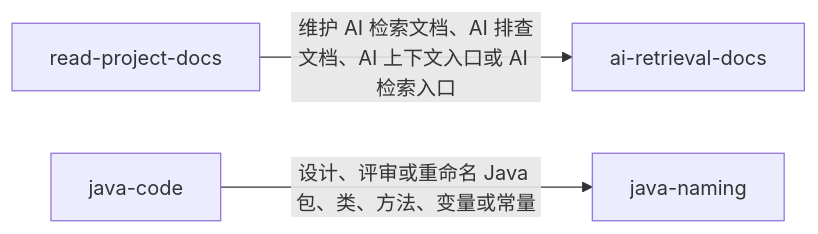
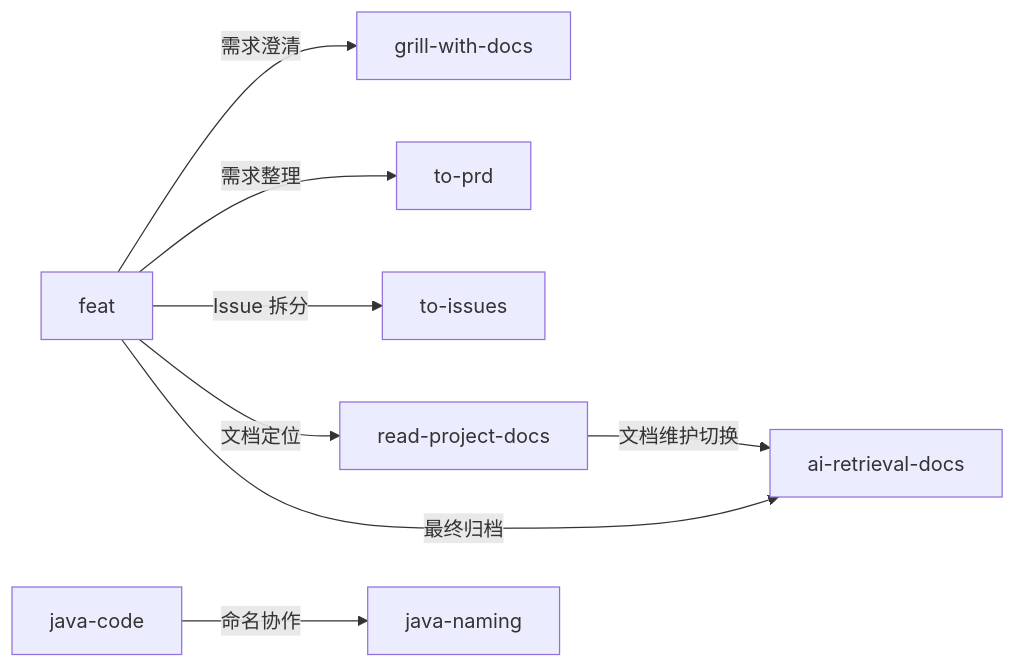
Before and after one commit to mofan212/codex-profile: the diagram in README.md, drawn with Mermaid. The commit also changed other lines of this file and 6 other files, not shown here.

````diff
--- a/README.md
+++ b/README.md
@@ -46,5 +46,10 @@
 ```mermaid
 flowchart LR
-    readProjectDocs["read-project-docs"] -->|维护 AI 检索文档、AI 排查文档、AI 上下文入口或 AI 检索入口| aiRetrievalDocs["ai-retrieval-docs"]
-    javaCode["java-code"] -->|设计、评审或重命名 Java 包、类、方法、变量或常量| javaNaming["java-naming"]
+    feat["feat"] -->|需求澄清| grillWithDocs["grill-with-docs"]
+    feat -->|需求整理| toPrd["to-prd"]
+    feat -->|Issue 拆分| toIssues["to-issues"]
+    feat -->|文档定位| readProjectDocs["read-project-docs"]
+    feat -->|最终归档| aiRetrievalDocs["ai-retrieval-docs"]
+    readProjectDocs["read-project-docs"] -->|文档维护切换| aiRetrievalDocs["ai-retrieval-docs"]
+    javaCode["java-code"] -->|命名协作| javaNaming["java-naming"]
 ```
````
